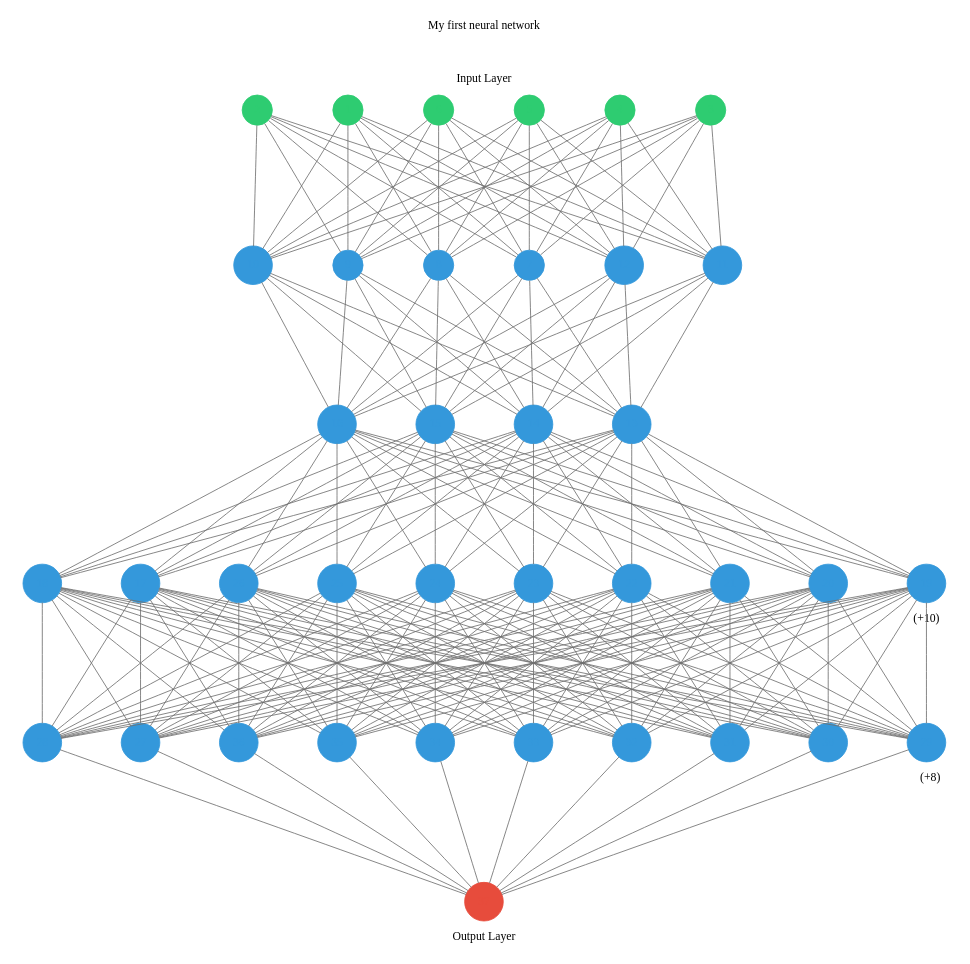
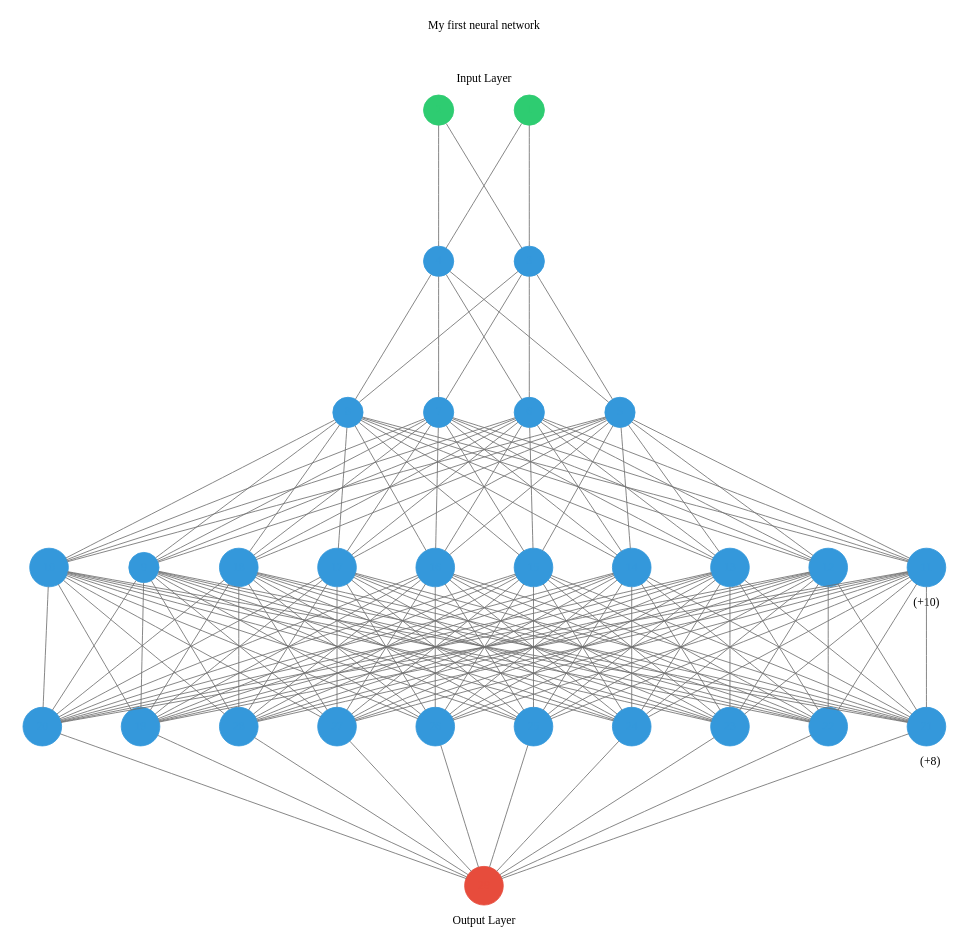
Before and after one commit to hecker1002/Smoke-Status-project: the diagram in network.gv, drawn with Graphviz. The commit also changed 9 other files, not shown here.

```diff
--- a/network.gv
+++ b/network.gv
@@ -18,161 +18,194 @@
 
 Input Layer"
 		rank=same
-		3
-		label="My first neural network
-
-
-
-Input Layer"
-		rank=same
-		4
-		label="My first neural network
-
-
-
-Input Layer"
-		rank=same
-		5
-		label="My first neural network
-
-
-
-Input Layer"
-		rank=same
-		6
-		label="My first neural network
-
-
-
-Input Layer"
-		rank=same
 	}
-	1 -> 7
-	2 -> 7
-	3 -> 7
-	4 -> 7
-	5 -> 7
-	6 -> 7
-	1 -> 8
-	2 -> 8
-	3 -> 8
-	4 -> 8
-	5 -> 8
-	6 -> 8
-	1 -> 9
-	2 -> 9
-	3 -> 9
-	4 -> 9
-	5 -> 9
-	6 -> 9
-	1 -> 10
-	2 -> 10
-	3 -> 10
-	4 -> 10
-	5 -> 10
-	6 -> 10
-	1 -> 11
-	2 -> 11
-	3 -> 11
-	4 -> 11
-	5 -> 11
-	6 -> 11
-	1 -> 12
-	2 -> 12
-	3 -> 12
-	4 -> 12
-	5 -> 12
-	6 -> 12
+	1 -> 3
+	2 -> 3
+	1 -> 4
+	2 -> 4
 	subgraph cluster_1 {
 		color=white
 		rank=same
 		label="" labeljust=right labelloc=b
+		3 [color="#3498db" fontcolor="#3498db" shape=circle style=filled]
+		4 [color="#3498db" fontcolor="#3498db" shape=circle style=filled]
+	}
+	3 -> 5
+	4 -> 5
+	3 -> 6
+	4 -> 6
+	3 -> 7
+	4 -> 7
+	3 -> 8
+	4 -> 8
+	subgraph cluster_2 {
+		color=white
+		rank=same
+		label="" labeljust=right labelloc=b
+		5 [color="#3498db" fontcolor="#3498db" shape=circle style=filled]
+		6 [color="#3498db" fontcolor="#3498db" shape=circle style=filled]
 		7 [color="#3498db" fontcolor="#3498db" shape=circle style=filled]
 		8 [color="#3498db" fontcolor="#3498db" shape=circle style=filled]
+	}
+	5 -> 9
+	6 -> 9
+	7 -> 9
+	8 -> 9
+	5 -> 10
+	6 -> 10
+	7 -> 10
+	8 -> 10
+	5 -> 11
+	6 -> 11
+	7 -> 11
+	8 -> 11
+	5 -> 12
+	6 -> 12
+	7 -> 12
+	8 -> 12
+	5 -> 13
+	6 -> 13
+	7 -> 13
+	8 -> 13
+	5 -> 14
+	6 -> 14
+	7 -> 14
+	8 -> 14
+	5 -> 15
+	6 -> 15
+	7 -> 15
+	8 -> 15
+	5 -> 16
+	6 -> 16
+	7 -> 16
+	8 -> 16
+	5 -> 17
+	6 -> 17
+	7 -> 17
+	8 -> 17
+	5 -> 18
+	6 -> 18
+	7 -> 18
+	8 -> 18
+	subgraph cluster_3 {
+		color=white
+		rank=same
+		label=" (+10)" labeljust=right labelloc=b
 		9 [color="#3498db" fontcolor="#3498db" shape=circle style=filled]
 		10 [color="#3498db" fontcolor="#3498db" shape=circle style=filled]
 		11 [color="#3498db" fontcolor="#3498db" shape=circle style=filled]
 		12 [color="#3498db" fontcolor="#3498db" shape=circle style=filled]
-	}
-	7 -> 13
-	8 -> 13
-	9 -> 13
-	10 -> 13
-	11 -> 13
-	12 -> 13
-	7 -> 14
-	8 -> 14
-	9 -> 14
-	10 -> 14
-	11 -> 14
-	12 -> 14
-	7 -> 15
-	8 -> 15
-	9 -> 15
-	10 -> 15
-	11 -> 15
-	12 -> 15
-	7 -> 16
-	8 -> 16
-	9 -> 16
-	10 -> 16
-	11 -> 16
-	12 -> 16
-	subgraph cluster_2 {
-		color=white
-		rank=same
-		label="" labeljust=right labelloc=b
 		13 [color="#3498db" fontcolor="#3498db" shape=circle style=filled]
 		14 [color="#3498db" fontcolor="#3498db" shape=circle style=filled]
 		15 [color="#3498db" fontcolor="#3498db" shape=circle style=filled]
 		16 [color="#3498db" fontcolor="#3498db" shape=circle style=filled]
+		17 [color="#3498db" fontcolor="#3498db" shape=circle style=filled]
+		18 [color="#3498db" fontcolor="#3498db" shape=circle style=filled]
 	}
-	13 -> 17
-	14 -> 17
-	15 -> 17
-	16 -> 17
-	13 -> 18
-	14 -> 18
-	15 -> 18
-	16 -> 18
+	9 -> 19
+	10 -> 19
+	11 -> 19
+	12 -> 19
 	13 -> 19
 	14 -> 19
 	15 -> 19
 	16 -> 19
+	17 -> 19
+	18 -> 19
+	9 -> 20
+	10 -> 20
+	11 -> 20
+	12 -> 20
 	13 -> 20
 	14 -> 20
 	15 -> 20
 	16 -> 20
+	17 -> 20
+	18 -> 20
+	9 -> 21
+	10 -> 21
+	11 -> 21
+	12 -> 21
 	13 -> 21
 	14 -> 21
 	15 -> 21
 	16 -> 21
+	17 -> 21
+	18 -> 21
+	9 -> 22
+	10 -> 22
+	11 -> 22
+	12 -> 22
 	13 -> 22
 	14 -> 22
 	15 -> 22
 	16 -> 22
+	17 -> 22
+	18 -> 22
+	9 -> 23
+	10 -> 23
+	11 -> 23
+	12 -> 23
 	13 -> 23
 	14 -> 23
 	15 -> 23
 	16 -> 23
+	17 -> 23
+	18 -> 23
+	9 -> 24
+	10 -> 24
+	11 -> 24
+	12 -> 24
 	13 -> 24
 	14 -> 24
 	15 -> 24
 	16 -> 24
+	17 -> 24
+	18 -> 24
+	9 -> 25
+	10 -> 25
+	11 -> 25
+	12 -> 25
 	13 -> 25
 	14 -> 25
 	15 -> 25
 	16 -> 25
+	17 -> 25
+	18 -> 25
+	9 -> 26
+	10 -> 26
+	11 -> 26
+	12 -> 26
 	13 -> 26
 	14 -> 26
 	15 -> 26
 	16 -> 26
-	subgraph cluster_3 {
+	17 -> 26
+	18 -> 26
+	9 -> 27
+	10 -> 27
+	11 -> 27
+	12 -> 27
+	13 -> 27
+	14 -> 27
+	15 -> 27
+	16 -> 27
+	17 -> 27
+	18 -> 27
+	9 -> 28
+	10 -> 28
+	11 -> 28
+	12 -> 28
+	13 -> 28
+	14 -> 28
+	15 -> 28
+	16 -> 28
+	17 -> 28
+	18 -> 28
+	subgraph cluster_4 {
 		color=white
 		rank=same
-		label=" (+10)" labeljust=right labelloc=b
-		17 [color="#3498db" fontcolor="#3498db" shape=circle style=filled]
-		18 [color="#3498db" fontcolor="#3498db" shape=circle style=filled]
+		label=" (+8)" labeljust=right labelloc=b
 		19 [color="#3498db" fontcolor="#3498db" shape=circle style=filled]
 		20 [color="#3498db" fontcolor="#3498db" shape=circle style=filled]
 		21 [color="#3498db" fontcolor="#3498db" shape=circle style=filled]
@@ -181,29 +214,9 @@
 		24 [color="#3498db" fontcolor="#3498db" shape=circle style=filled]
 		25 [color="#3498db" fontcolor="#3498db" shape=circle style=filled]
 		26 [color="#3498db" fontcolor="#3498db" shape=circle style=filled]
+		27 [color="#3498db" fontcolor="#3498db" shape=circle style=filled]
+		28 [color="#3498db" fontcolor="#3498db" shape=circle style=filled]
 	}
-	17 -> 27
-	18 -> 27
-	19 -> 27
-	20 -> 27
-	21 -> 27
-	22 -> 27
-	23 -> 27
-	24 -> 27
-	25 -> 27
-	26 -> 27
-	17 -> 28
-	18 -> 28
-	19 -> 28
-	20 -> 28
-	21 -> 28
-	22 -> 28
-	23 -> 28
-	24 -> 28
-	25 -> 28
-	26 -> 28
-	17 -> 29
-	18 -> 29
 	19 -> 29
 	20 -> 29
 	21 -> 29
@@ -212,107 +225,14 @@
 	24 -> 29
 	25 -> 29
 	26 -> 29
-	17 -> 30
-	18 -> 30
-	19 -> 30
-	20 -> 30
-	21 -> 30
-	22 -> 30
-	23 -> 30
-	24 -> 30
-	25 -> 30
-	26 -> 30
-	17 -> 31
-	18 -> 31
-	19 -> 31
-	20 -> 31
-	21 -> 31
-	22 -> 31
-	23 -> 31
-	24 -> 31
-	25 -> 31
-	26 -> 31
-	17 -> 32
-	18 -> 32
-	19 -> 32
-	20 -> 32
-	21 -> 32
-	22 -> 32
-	23 -> 32
-	24 -> 32
-	25 -> 32
-	26 -> 32
-	17 -> 33
-	18 -> 33
-	19 -> 33
-	20 -> 33
-	21 -> 33
-	22 -> 33
-	23 -> 33
-	24 -> 33
-	25 -> 33
-	26 -> 33
-	17 -> 34
-	18 -> 34
-	19 -> 34
-	20 -> 34
-	21 -> 34
-	22 -> 34
-	23 -> 34
-	24 -> 34
-	25 -> 34
-	26 -> 34
-	17 -> 35
-	18 -> 35
-	19 -> 35
-	20 -> 35
-	21 -> 35
-	22 -> 35
-	23 -> 35
-	24 -> 35
-	25 -> 35
-	26 -> 35
-	17 -> 36
-	18 -> 36
-	19 -> 36
-	20 -> 36
-	21 -> 36
-	22 -> 36
-	23 -> 36
-	24 -> 36
-	25 -> 36
-	26 -> 36
-	subgraph cluster_4 {
-		color=white
-		rank=same
-		label=" (+8)" labeljust=right labelloc=b
-		27 [color="#3498db" fontcolor="#3498db" shape=circle style=filled]
-		28 [color="#3498db" fontcolor="#3498db" shape=circle style=filled]
-		29 [color="#3498db" fontcolor="#3498db" shape=circle style=filled]
-		30 [color="#3498db" fontcolor="#3498db" shape=circle style=filled]
-		31 [color="#3498db" fontcolor="#3498db" shape=circle style=filled]
-		32 [color="#3498db" fontcolor="#3498db" shape=circle style=filled]
-		33 [color="#3498db" fontcolor="#3498db" shape=circle style=filled]
-		34 [color="#3498db" fontcolor="#3498db" shape=circle style=filled]
-		35 [color="#3498db" fontcolor="#3498db" shape=circle style=filled]
-		36 [color="#3498db" fontcolor="#3498db" shape=circle style=filled]
-	}
-	27 -> 37
-	28 -> 37
-	29 -> 37
-	30 -> 37
-	31 -> 37
-	32 -> 37
-	33 -> 37
-	34 -> 37
-	35 -> 37
-	36 -> 37
+	27 -> 29
+	28 -> 29
 	subgraph cluster_output {
 		node [color="#2ecc71" fontcolor="#2ecc71" shape=circle style=filled]
 		color=white
 		rank=same
 		labeljust=1
-		37 [color="#e74c3c" fontcolor="#e74c3c" shape=circle style=filled]
+		29 [color="#e74c3c" fontcolor="#e74c3c" shape=circle style=filled]
 		label="Output Layer" labelloc=bottom
 	}
 	arrowShape=none
```
